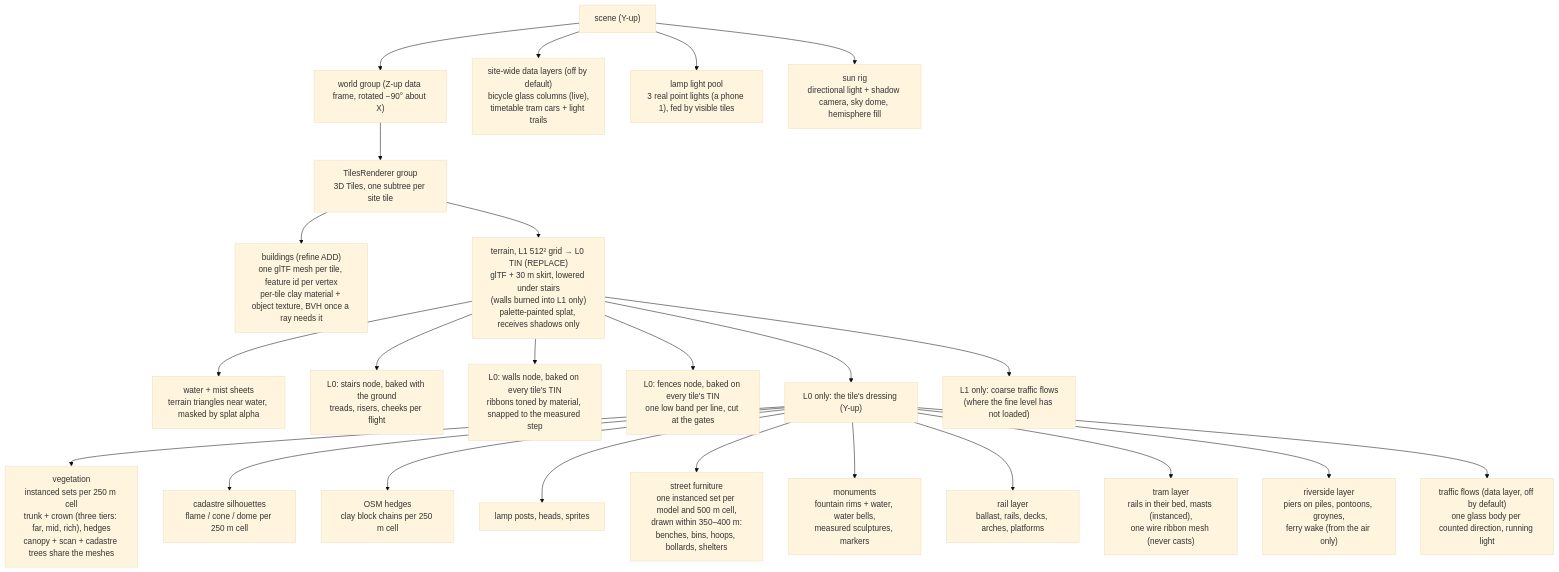
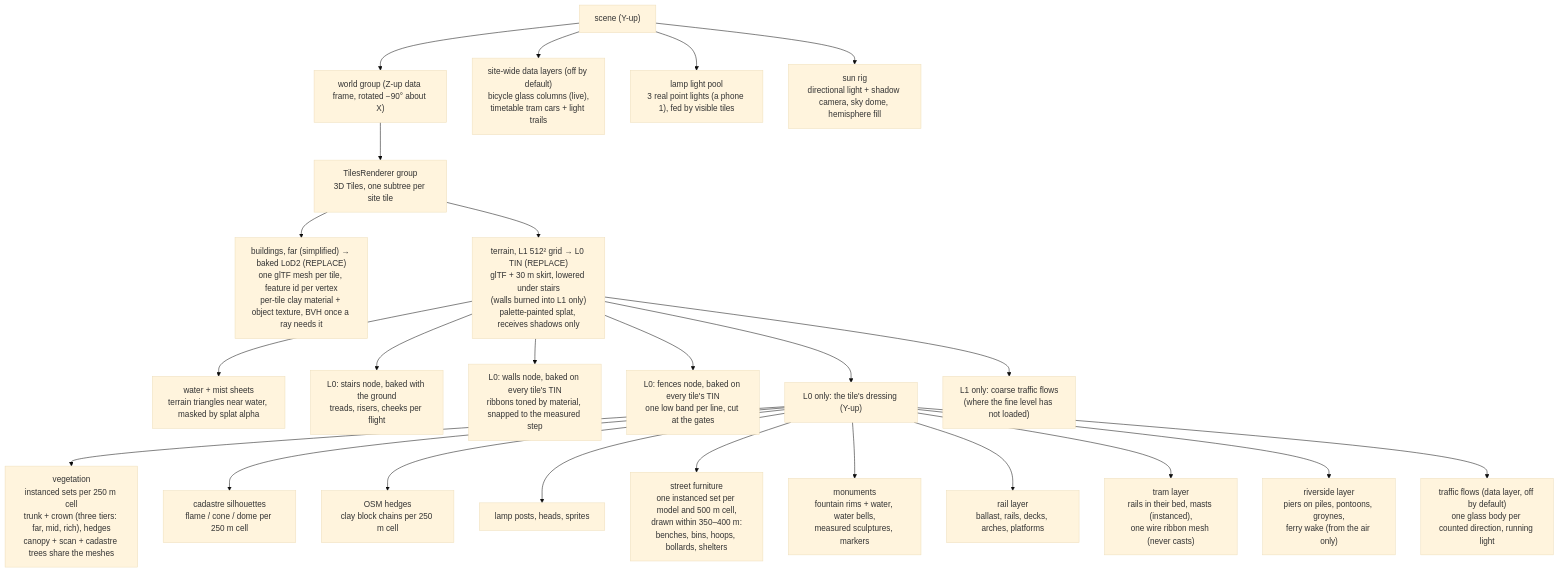
The first of 2 diagrams in docs/rendering.md (mdugue/bridge), drawn with Mermaid (base theme) before and after one commit. The commit also changed other lines of this file and 14 other files, not shown here.

First line of the commit message:
feat: far buildings, the same LoD2 simplified to half a metre

````diff
--- a/docs/rendering.md
+++ b/docs/rendering.md
@@ -25,29 +25,29 @@
 ```mermaid
 flowchart TB
   SCENE["scene (Y-up)"]
   WORLD["world group (Z-up data frame, rotated −90° about X)"]
   TILES["TilesRenderer group<br/>3D Tiles, one subtree per site tile"]
   SCENE --> WORLD
   WORLD --> TILES
-  TILES --> CITY["buildings (refine ADD)<br/>one glTF mesh per tile, feature id per vertex<br/>per-tile clay material + object texture, BVH once a ray needs it"]
+  TILES --> CITY["buildings, far (simplified) → baked LoD2 (REPLACE)<br/>one glTF mesh per tile, feature id per vertex<br/>per-tile clay material + object texture, BVH once a ray needs it"]
   TILES --> TER["terrain, L1 512² grid → L0 TIN (REPLACE)<br/>glTF + 30 m skirt, lowered under stairs<br/>(walls burned into L1 only)<br/>palette-painted splat, receives shadows only"]
   TER --> WAT["water + mist sheets<br/>terrain triangles near water, masked by splat alpha"]
   TER --> STAIR["L0: stairs node, baked with the ground<br/>treads, risers, cheeks per flight"]
   TER --> WALL["L0: walls node, baked on every tile's TIN<br/>ribbons toned by material, snapped to the measured step"]
   TER --> FENCE["L0: fences node, baked on every tile's TIN<br/>one low band per line, cut at the gates"]
   TER --> DRESS["L0 only: the tile's dressing (Y-up)"]
   DRESS --> VEG["vegetation<br/>instanced sets per 250 m cell<br/>trunk + crown (three tiers: far, mid, rich), hedges<br/>canopy + scan + cadastre trees share the meshes"]
   DRESS --> INV["cadastre silhouettes<br/>flame / cone / dome per 250 m cell"]
   DRESS --> LOW["OSM hedges<br/>clay block chains per 250 m cell"]
   DRESS --> LAMP["lamp posts, heads, sprites"]
   DRESS --> FURN["street furniture<br/>one instanced set per model and 500 m cell,<br/>drawn within 350–400 m:<br/>benches, bins, hoops, bollards, shelters"]
   DRESS --> MON["monuments<br/>fountain rims + water, water bells,<br/>measured sculptures, markers"]
   DRESS --> RAIL["rail layer<br/>ballast, rails, decks, arches, platforms"]
   DRESS --> TRAM["tram layer<br/>rails in their bed, masts (instanced),<br/>one wire ribbon mesh (never casts)"]
   DRESS --> RIV["riverside layer<br/>piers on piles, pontoons, groynes,<br/>ferry wake (from the air only)"]
   DRESS --> TRAF["traffic flows (data layer, off by default)<br/>one glass body per counted direction, running light"]
   TER --> TRAFC["L1 only: coarse traffic flows<br/>(where the fine level has not loaded)"]
   SCENE --> DATA["site-wide data layers (off by default)<br/>bicycle glass columns (live),<br/>timetable tram cars + light trails"]
   SCENE --> LIGHTS["lamp light pool<br/>3 real point lights (a phone 1), fed by visible tiles"]
   SCENE --> SUN["sun rig<br/>directional light + shadow camera, sky dome, hemisphere fill"]
 ```
````
